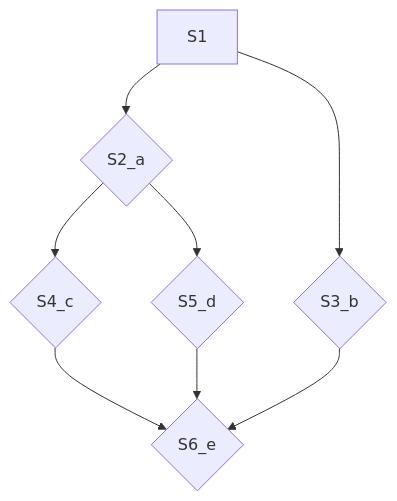
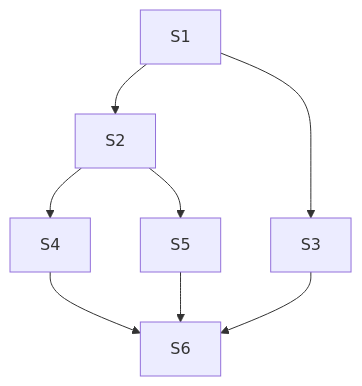
Before and after one commit to Moeary/Moeary.github.io: the first of 2 diagrams in _posts/2024-03-26-进程管理.md, drawn with Mermaid. The commit also changed other lines of this file, not shown here.

Commit message:
Refactor graph structure and add comments

````diff
--- a/_posts/2024-03-26-进程管理.md
+++ b/_posts/2024-03-26-进程管理.md
@@ -37,10 +37,10 @@
 ```mermaid
 graph TD
-S1--> S2{S2_a}
-S1--> S3{S3_b}
-S2--> S4{S4_c}
-S2--> S5{S5_d}
-S4--> S6{S6_f}
-S5--> S6{S6_g}
-S3--> S6{S6_e}
+S1--> S2
+S1--> S3
+S2--> S4
+S2--> S5
+S4--> S6
+S5--> S6
+S3--> S6
 ```
````
